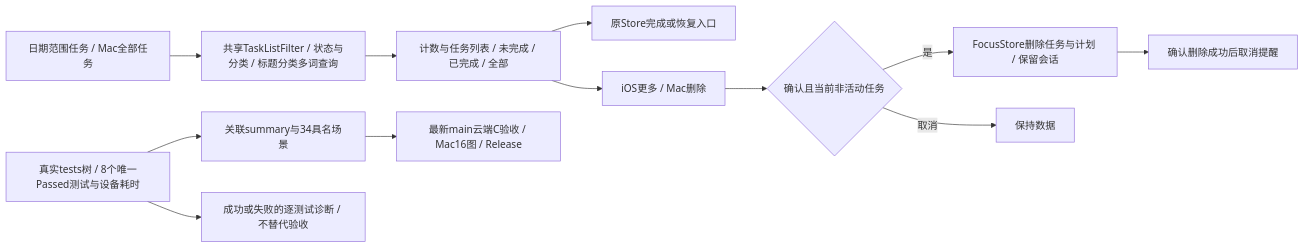
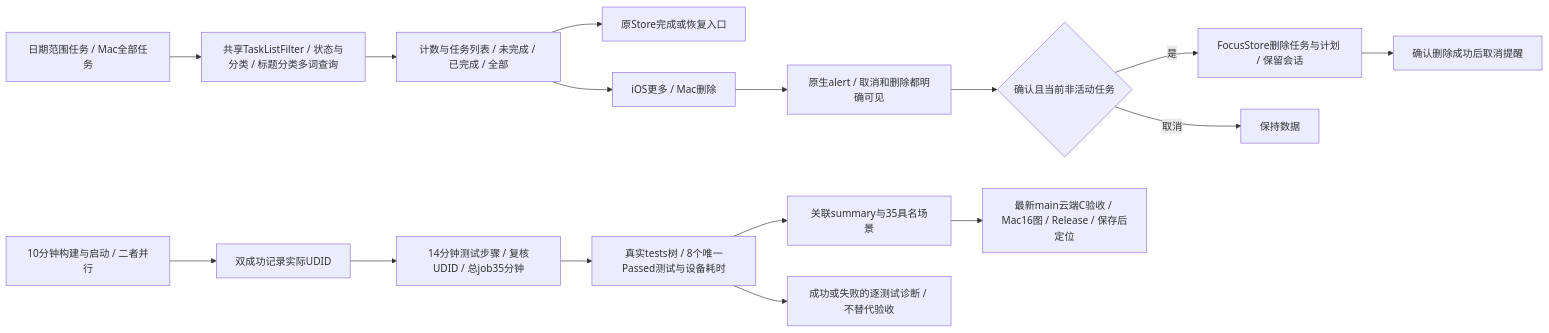
Before and after one commit to Altman-sam114/114: the first of 14 diagrams in md/flow/flowchart.md, drawn with Mermaid. The commit also changed 14 other files, not shown here.

````diff
--- a/md/flow/flowchart.md
+++ b/md/flow/flowchart.md
@@ -5,14 +5,18 @@
 ```mermaid
 flowchart LR
   BASE[日期范围任务 / Mac全部任务] --> FILTER[共享TaskListFilter / 状态与分类 / 标题分类多词查询]
   FILTER --> VIEW[计数与任务列表 / 未完成 / 已完成 / 全部]
   VIEW --> RESTORE[原Store完成或恢复入口]
   VIEW --> MORE[iOS更多 / Mac删除]
-  MORE --> CONFIRM{确认且当前非活动任务}
+  MORE --> ALERT[原生alert / 取消和删除都明确可见]
+  ALERT --> CONFIRM{确认且当前非活动任务}
   CONFIRM -->|是| DELETE[FocusStore删除任务与计划 / 保留会话]
   DELETE --> REMINDER[确认删除成功后取消提醒]
   CONFIRM -->|取消| KEEP[保持数据]
-  TREE[真实tests树 / 8个唯一Passed测试与设备耗时] --> EVIDENCE[关联summary与34具名场景]
-  EVIDENCE --> C[最新main云端C验收 / Mac16图 / Release]
+  TREE[真实tests树 / 8个唯一Passed测试与设备耗时] --> EVIDENCE[关联summary与35具名场景]
+  EVIDENCE --> C[最新main云端C验收 / Mac16图 / Release / 保存后定位]
   TREE --> DIAG[成功或失败的逐测试诊断 / 不替代验收]
+  BUILD[10分钟构建与启动 / 二者并行] --> READY[双成功记录实际UDID]
+  READY --> RUN[14分钟测试步骤 / 复核UDID / 总job35分钟]
+  RUN --> TREE
 ```
````
